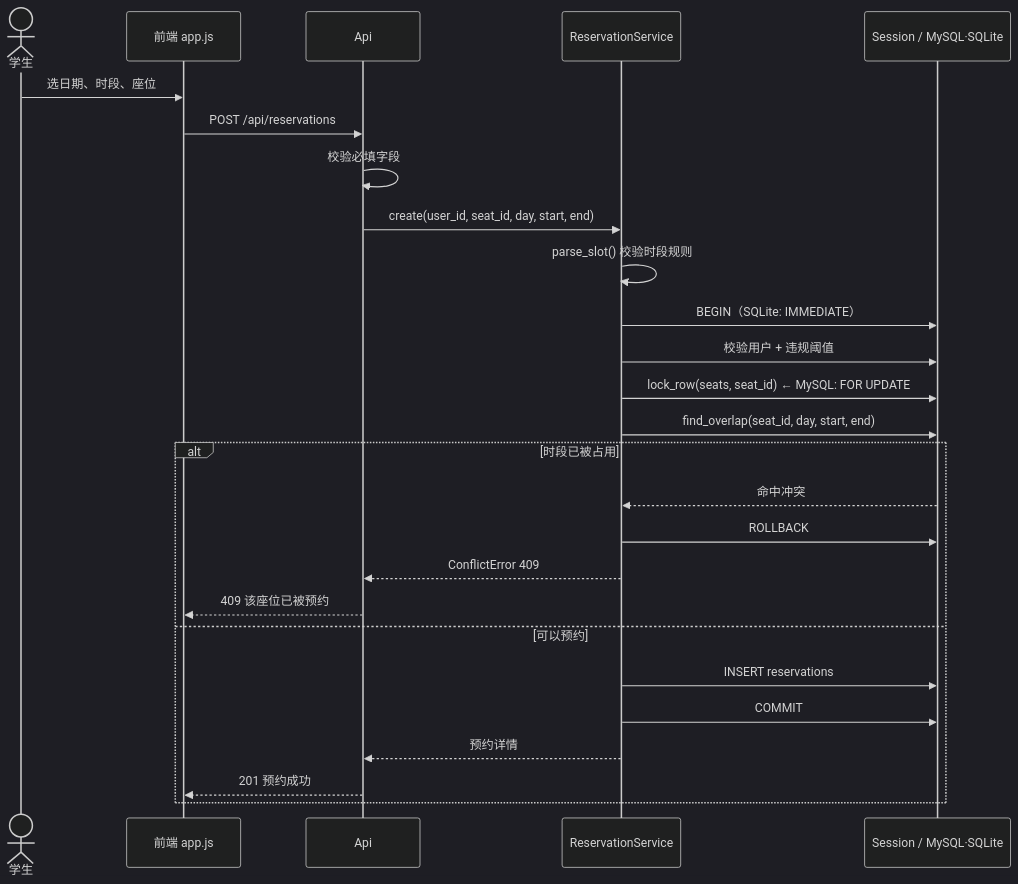
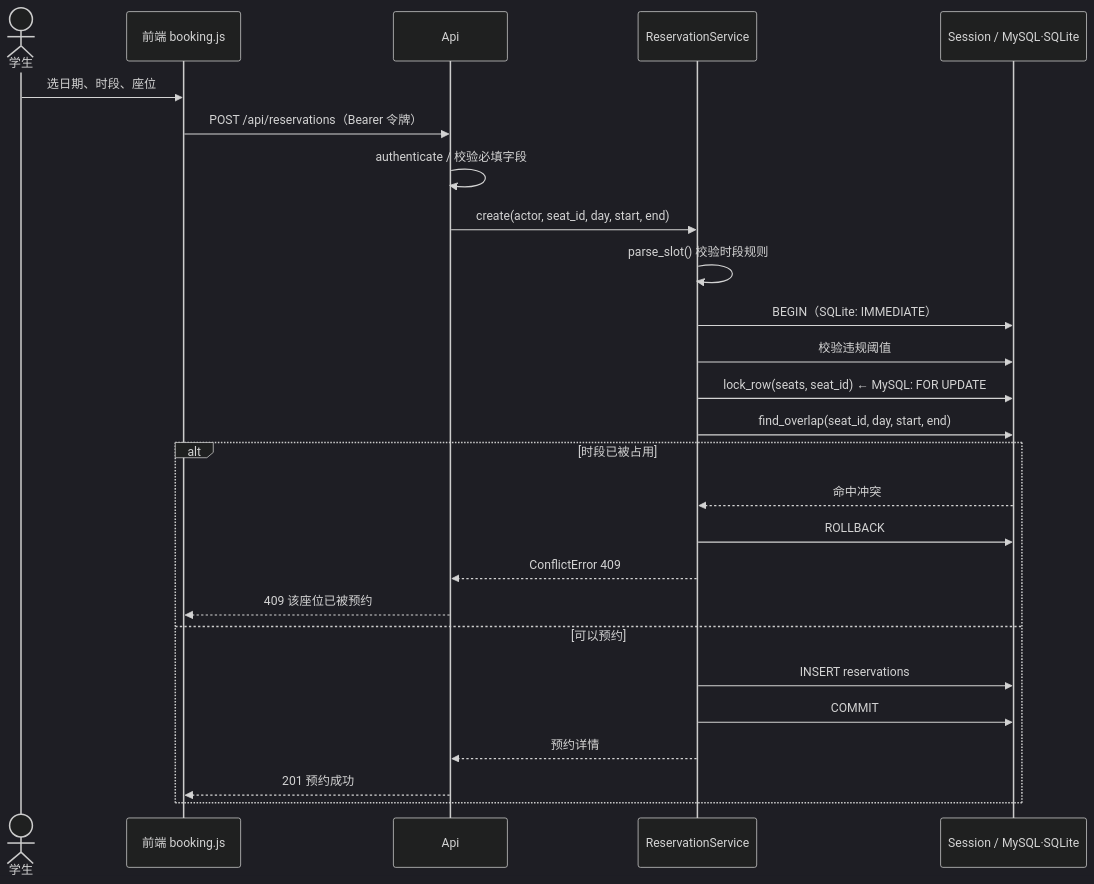
One commit to Type81-1/campus-ai-study-room changed the fifth of 9 diagrams in docs/系统设计/当前代码设计图稿.md. Above: the diagram before and after it, drawn with Mermaid (dark theme). The commit also changed other lines of this file and 10 other files, not shown here.

````diff
--- a/docs/系统设计/当前代码设计图稿.md
+++ b/docs/系统设计/当前代码设计图稿.md
@@ -261,29 +329,29 @@
 ```mermaid
 sequenceDiagram
     actor Student as 学生
-    participant FE as 前端 app.js
+    participant FE as 前端 booking.js
     participant API as Api
     participant SVC as ReservationService
     participant DB as Session / MySQL·SQLite
 
     Student->>FE: 选日期、时段、座位
-    FE->>API: POST /api/reservations
-    API->>API: 校验必填字段
-    API->>SVC: create(user_id, seat_id, day, start, end)
+    FE->>API: POST /api/reservations（Bearer 令牌）
+    API->>API: authenticate / 校验必填字段
+    API->>SVC: create(actor, seat_id, day, start, end)
     SVC->>SVC: parse_slot() 校验时段规则
     SVC->>DB: BEGIN（SQLite: IMMEDIATE）
-    SVC->>DB: 校验用户 + 违规阈值
+    SVC->>DB: 校验违规阈值
     SVC->>DB: lock_row(seats, seat_id)  ← MySQL: FOR UPDATE
     SVC->>DB: find_overlap(seat_id, day, start, end)
     alt 时段已被占用
         DB-->>SVC: 命中冲突
         SVC->>DB: ROLLBACK
         SVC-->>API: ConflictError 409
         API-->>FE: 409 该座位已被预约
     else 可以预约
         SVC->>DB: INSERT reservations
         SVC->>DB: COMMIT
         SVC-->>API: 预约详情
         API-->>FE: 201 预约成功
     end
 ```
````
